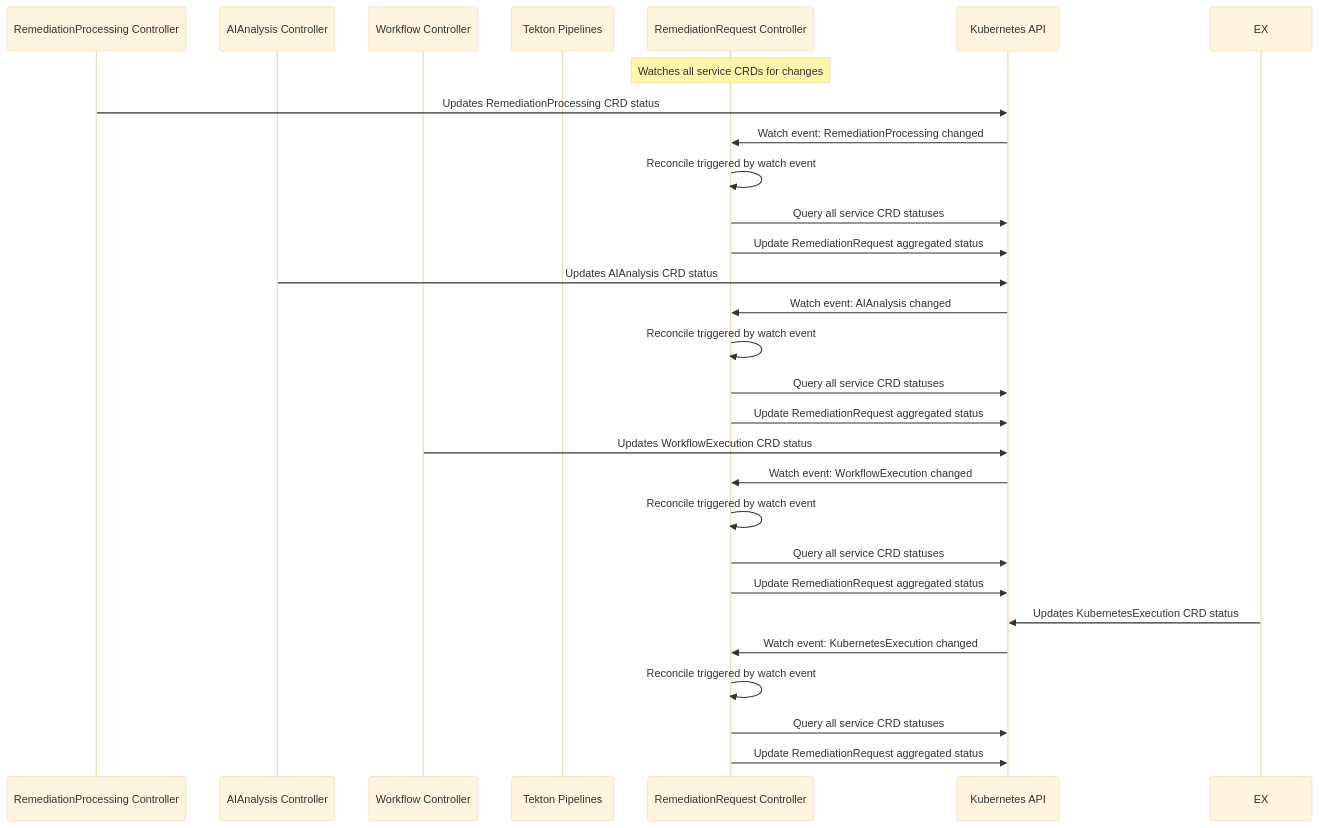
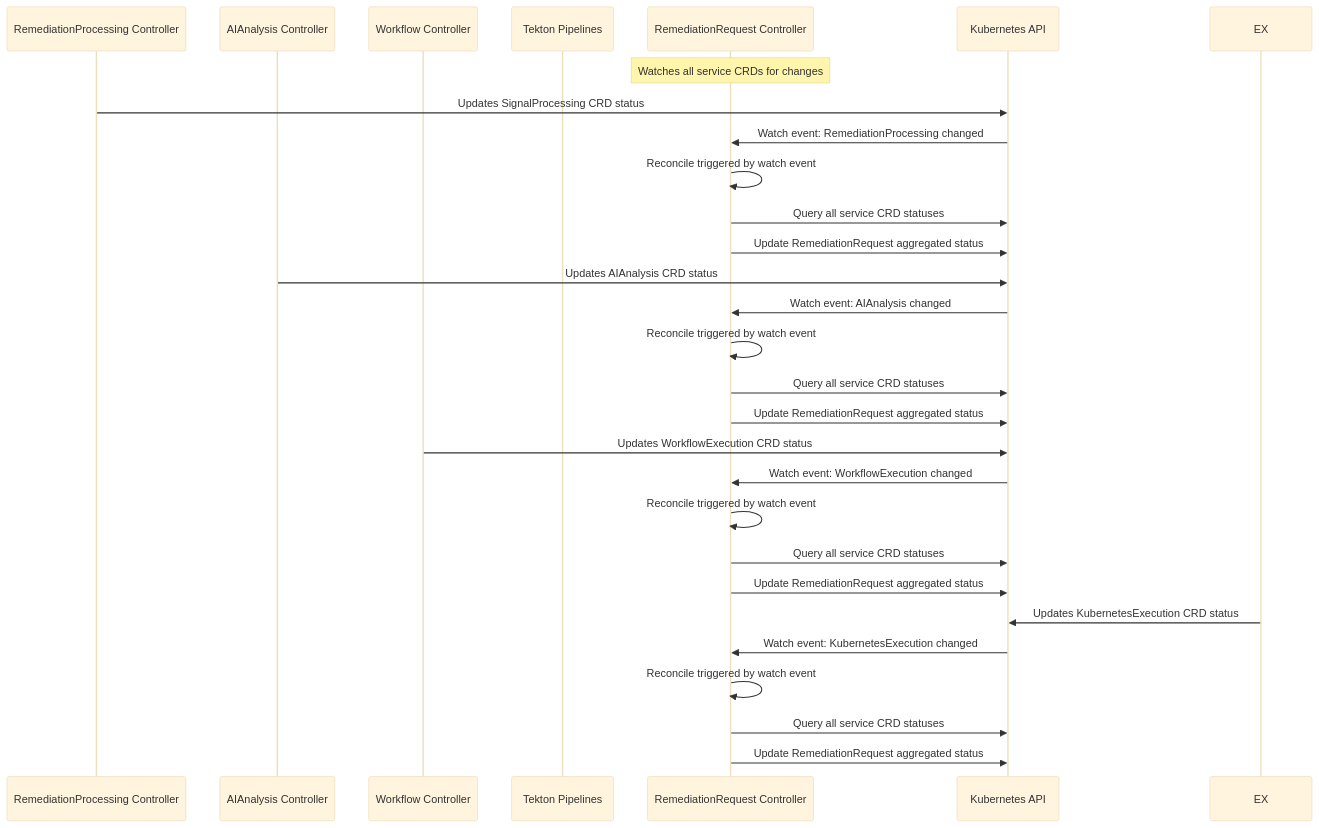
The second of 3 diagrams in docs/architecture/MULTI_CRD_RECONCILIATION_ARCHITECTURE.md (jordigilh/kubernaut), drawn with Mermaid (base theme) before and after one commit. The commit also changed other lines of this file and 142 other files, not shown here.

First line of the commit message:
docs: Complete RemediationProcessing to SignalProcessing rename (DD-SIGNAL-PROCESSING-001)

````diff
--- a/docs/architecture/MULTI_CRD_RECONCILIATION_ARCHITECTURE.md
+++ b/docs/architecture/MULTI_CRD_RECONCILIATION_ARCHITECTURE.md
@@ -1049,35 +1049,35 @@
 ```mermaid
 sequenceDiagram
     participant AP as RemediationProcessing Controller
     participant AI as AIAnalysis Controller
     participant WF as Workflow Controller
     participant TEK as Tekton Pipelines
     participant AR as RemediationRequest Controller
     participant K8S as Kubernetes API
 
     Note over AR: Watches all service CRDs for changes
 
-    AP->>K8S: Updates RemediationProcessing CRD status
+    AP->>K8S: Updates SignalProcessing CRD status
     K8S->>AR: Watch event: RemediationProcessing changed
     AR->>AR: Reconcile triggered by watch event
     AR->>K8S: Query all service CRD statuses
     AR->>K8S: Update RemediationRequest aggregated status
 
     AI->>K8S: Updates AIAnalysis CRD status
     K8S->>AR: Watch event: AIAnalysis changed
     AR->>AR: Reconcile triggered by watch event
     AR->>K8S: Query all service CRD statuses
     AR->>K8S: Update RemediationRequest aggregated status
 
     WF->>K8S: Updates WorkflowExecution CRD status
     K8S->>AR: Watch event: WorkflowExecution changed
     AR->>AR: Reconcile triggered by watch event
     AR->>K8S: Query all service CRD statuses
     AR->>K8S: Update RemediationRequest aggregated status
 
     EX->>K8S: Updates KubernetesExecution CRD status
     K8S->>AR: Watch event: KubernetesExecution changed
     AR->>AR: Reconcile triggered by watch event
     AR->>K8S: Query all service CRD statuses
     AR->>K8S: Update RemediationRequest aggregated status
 ```
````
